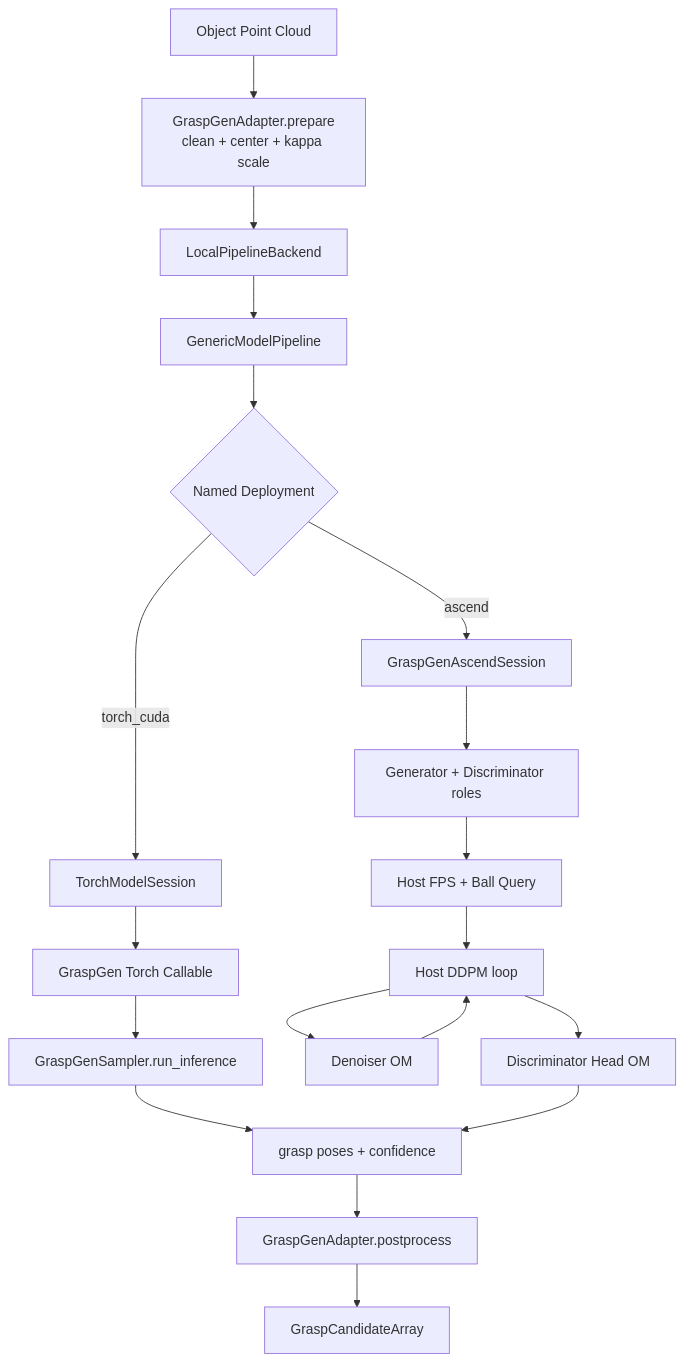
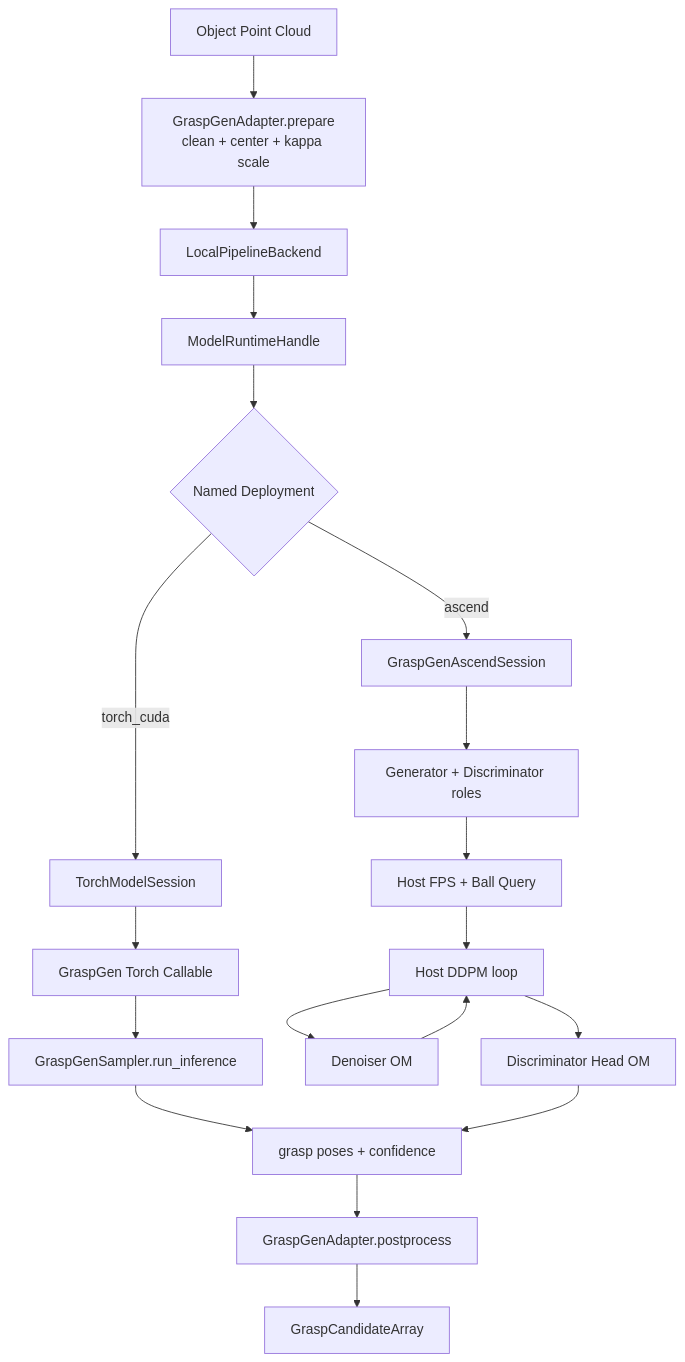
The eighth of 9 diagrams in docs/unify.md (StoneStar-Aiknow/IB_Robot), drawn with Mermaid before and after one commit. The commit also changed other lines of this file and 204 other files, not shown here.

````diff
--- a/docs/unify.md
+++ b/docs/unify.md
@@ -368,21 +374,21 @@
 ```mermaid
 flowchart TB
     POINTS["Object Point Cloud"] --> PREPARE["GraspGenAdapter.prepare<br/>clean + center + kappa scale"]
     PREPARE --> LOCAL["LocalPipelineBackend"]
-    LOCAL --> PIPELINE["GenericModelPipeline"]
-    PIPELINE --> SELECT{"Named Deployment"}
+    LOCAL --> HANDLE["ModelRuntimeHandle"]
+    HANDLE --> SELECT{"Named Deployment"}
     SELECT -->|"torch_cuda"| TORCH_SESSION["TorchModelSession"]
     TORCH_SESSION --> MODULE["GraspGen Torch Callable"]
     MODULE --> SAMPLER["GraspGenSampler.run_inference"]
     SELECT -->|"ascend"| ASCEND_SESSION["GraspGenAscendSession"]
     ASCEND_SESSION --> ENCODERS["Generator + Discriminator roles"]
     ENCODERS --> HOST["Host FPS + Ball Query"]
     HOST --> LOOP["Host DDPM loop"]
     LOOP --> DENOISER["Denoiser OM"]
     DENOISER --> LOOP
     LOOP --> SCORE["Discriminator Head OM"]
     SAMPLER --> RAW["grasp poses + confidence"]
     SCORE --> RAW
     RAW --> POST["GraspGenAdapter.postprocess"]
     POST --> OUTPUT["GraspCandidateArray"]
 ```
````
